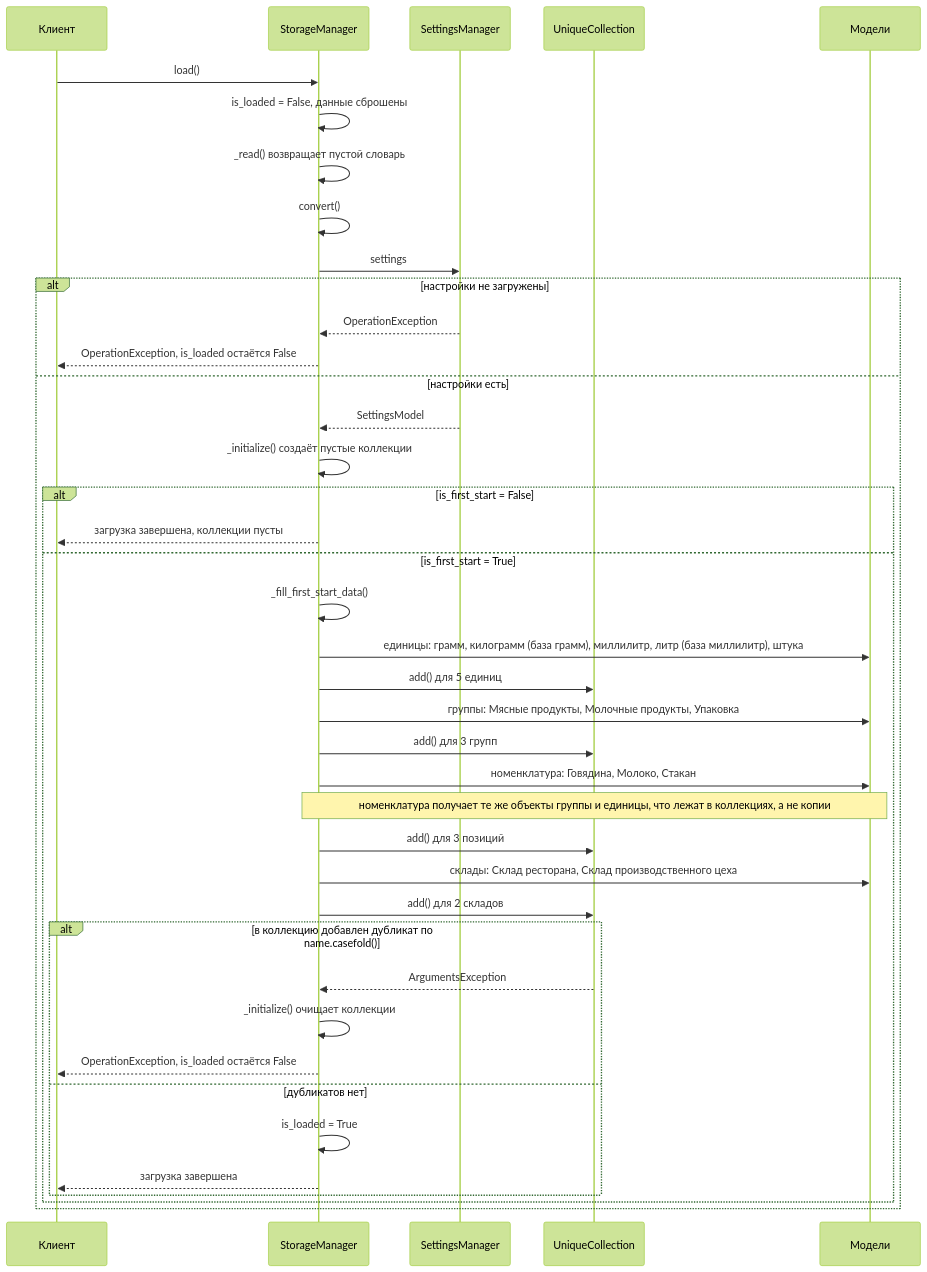
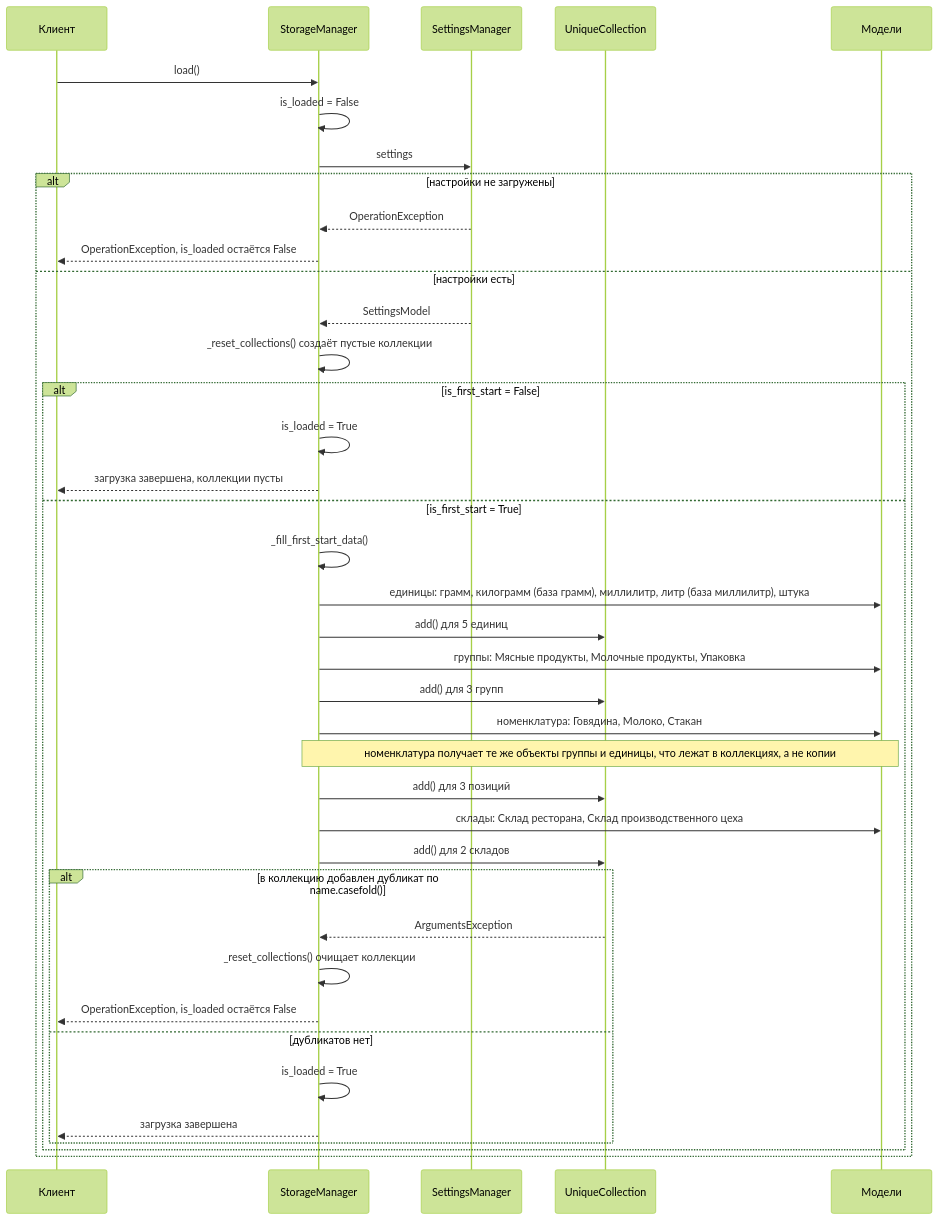
One commit to asutenshi/design-patterns changed the third of 3 diagrams in Docs/SequenceDiagram.md. Above: the diagram before and after it, drawn with Mermaid (forest theme). The commit also changed other lines of this file and 9 other files, not shown here.

````diff
--- a/Docs/SequenceDiagram.md
+++ b/Docs/SequenceDiagram.md
@@ -80,43 +84,42 @@
 ```mermaid
 sequenceDiagram
     participant K as Клиент
     participant St as StorageManager
     participant Se as SettingsManager
     participant C as UniqueCollection
     participant M as Модели
 
     K->>St: load()
-    St->>St: is_loaded = False, данные сброшены
-    St->>St: _read() возвращает пустой словарь
-    St->>St: convert()
+    St->>St: is_loaded = False
     St->>Se: settings
     alt настройки не загружены
         Se-->>St: OperationException
         St-->>K: OperationException, is_loaded остаётся False
     else настройки есть
         Se-->>St: SettingsModel
-        St->>St: _initialize() создаёт пустые коллекции
+        St->>St: _reset_collections() создаёт пустые коллекции
         alt is_first_start = False
+            St->>St: is_loaded = True
             St-->>K: загрузка завершена, коллекции пусты
         else is_first_start = True
             St->>St: _fill_first_start_data()
             St->>M: единицы: грамм, килограмм (база грамм), миллилитр, литр (база миллилитр), штука
             St->>C: add() для 5 единиц
             St->>M: группы: Мясные продукты, Молочные продукты, Упаковка
             St->>C: add() для 3 групп
             St->>M: номенклатура: Говядина, Молоко, Стакан
             Note over St,M: номенклатура получает те же объекты группы и единицы, что лежат в коллекциях, а не копии
             St->>C: add() для 3 позиций
             St->>M: склады: Склад ресторана, Склад производственного цеха
             St->>C: add() для 2 складов
             alt в коллекцию добавлен дубликат по name.casefold()
                 C-->>St: ArgumentsException
-                St->>St: _initialize() очищает коллекции
+                St->>St: _reset_collections() очищает коллекции
                 St-->>K: OperationException, is_loaded остаётся False
             else дубликатов нет
                 St->>St: is_loaded = True
                 St-->>K: загрузка завершена
             end
         end
     end
 ```
````
